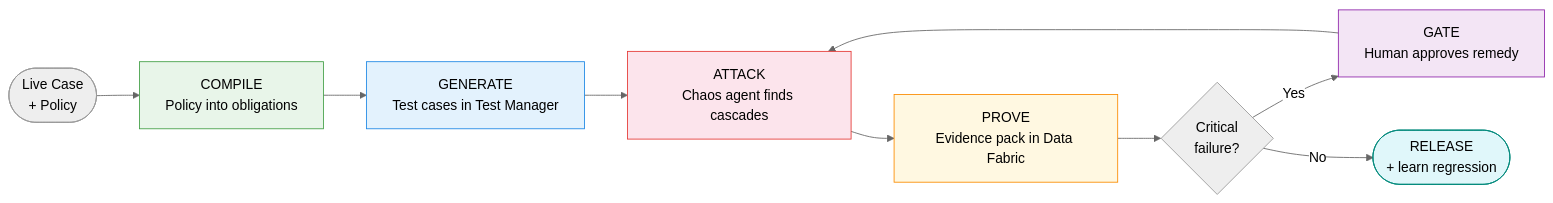
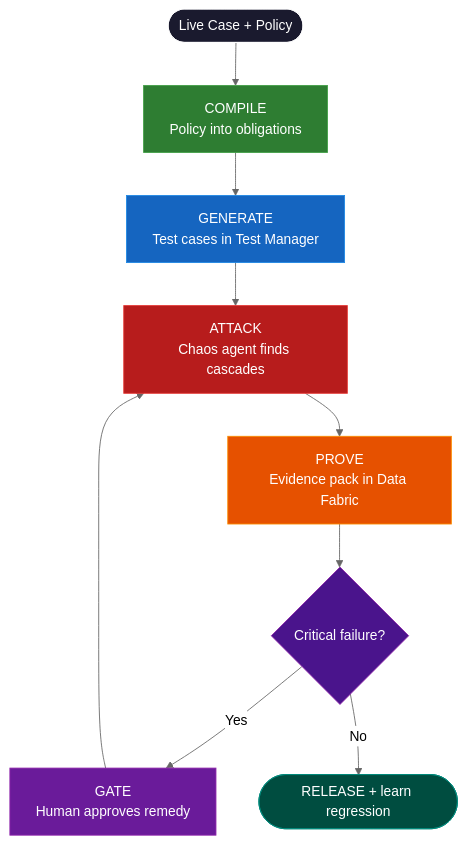
The diagram in README.md (usv240/preflight), drawn with Mermaid (neutral theme) before and after one commit.

Commit message:
Fix Mermaid diagram: dark fills with white text, switch to top-down layout

````diff
--- a/README.md
+++ b/README.md
@@ -37,18 +37,20 @@
 ```mermaid
-flowchart LR
-    A([Live Case\n+ Policy]) --> B[COMPILE\nPolicy into obligations]
+flowchart TD
+    A([Live Case + Policy]) --> B[COMPILE\nPolicy into obligations]
     B --> C[GENERATE\nTest cases in Test Manager]
     C --> D[ATTACK\nChaos agent finds cascades]
     D --> E[PROVE\nEvidence pack in Data Fabric]
-    E --> F{Critical\nfailure?}
+    E --> F{Critical failure?}
     F -- Yes --> G[GATE\nHuman approves remedy]
     G --> D
-    F -- No --> H([RELEASE\n+ learn regression])
+    F -- No --> H([RELEASE + learn regression])
 
-    style B fill:#e8f5e9,stroke:#43a047
-    style C fill:#e3f2fd,stroke:#1e88e5
-    style D fill:#fce4ec,stroke:#e53935
-    style E fill:#fff8e1,stroke:#fb8c00
-    style G fill:#f3e5f5,stroke:#8e24aa
-    style H fill:#e0f7fa,stroke:#00897b
+    style A fill:#1a1a2e,color:#ffffff,stroke:#ffffff
+    style B fill:#2e7d32,color:#ffffff,stroke:#43a047
+    style C fill:#1565c0,color:#ffffff,stroke:#1e88e5
+    style D fill:#b71c1c,color:#ffffff,stroke:#e53935
+    style E fill:#e65100,color:#ffffff,stroke:#fb8c00
+    style F fill:#4a148c,color:#ffffff,stroke:#8e24aa
+    style G fill:#6a1b9a,color:#ffffff,stroke:#8e24aa
+    style H fill:#004d40,color:#ffffff,stroke:#00897b
 ```
````
